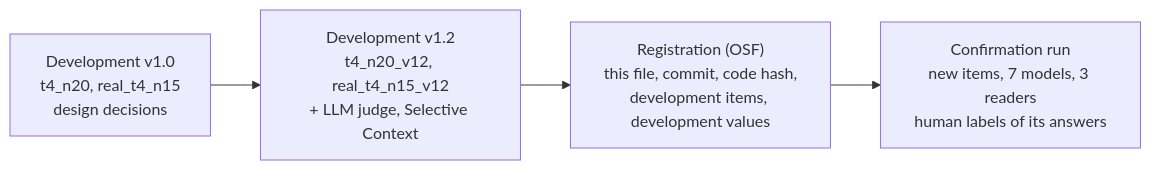
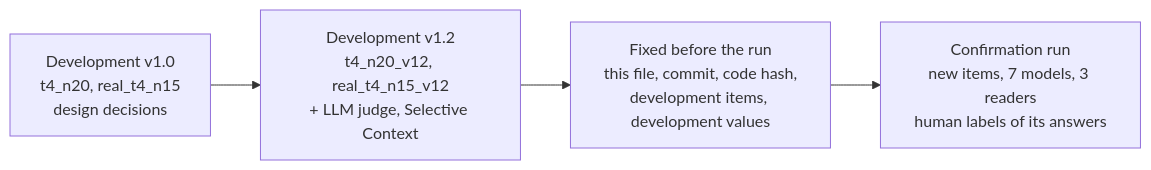
The first of 2 diagrams in docs/PROTOCOL.md (DanielVyazhev/llm-water-map), drawn with Mermaid before and after one commit. The commit also changed other lines of this file and 15 other files, not shown here.

Commit message:
Protocol: fixed before the run in the repository; OSF registration optional

````diff
--- a/docs/PROTOCOL.md
+++ b/docs/PROTOCOL.md
@@ -5,6 +5,6 @@
 ```mermaid
 flowchart LR
     D1["Development v1.0<br>t4_n20, real_t4_n15<br>design decisions"] --> D2["Development v1.2<br>t4_n20_v12, real_t4_n15_v12<br>+ LLM judge, Selective Context"]
-    D2 --> R["Registration (OSF)<br>this file, commit, code hash,<br>development items, development values"]
+    D2 --> R["Fixed before the run<br>this file, commit, code hash,<br>development items, development values"]
     R --> C["Confirmation run<br>new items, 7 models, 3 readers<br>human labels of its answers"]
 ```
````
